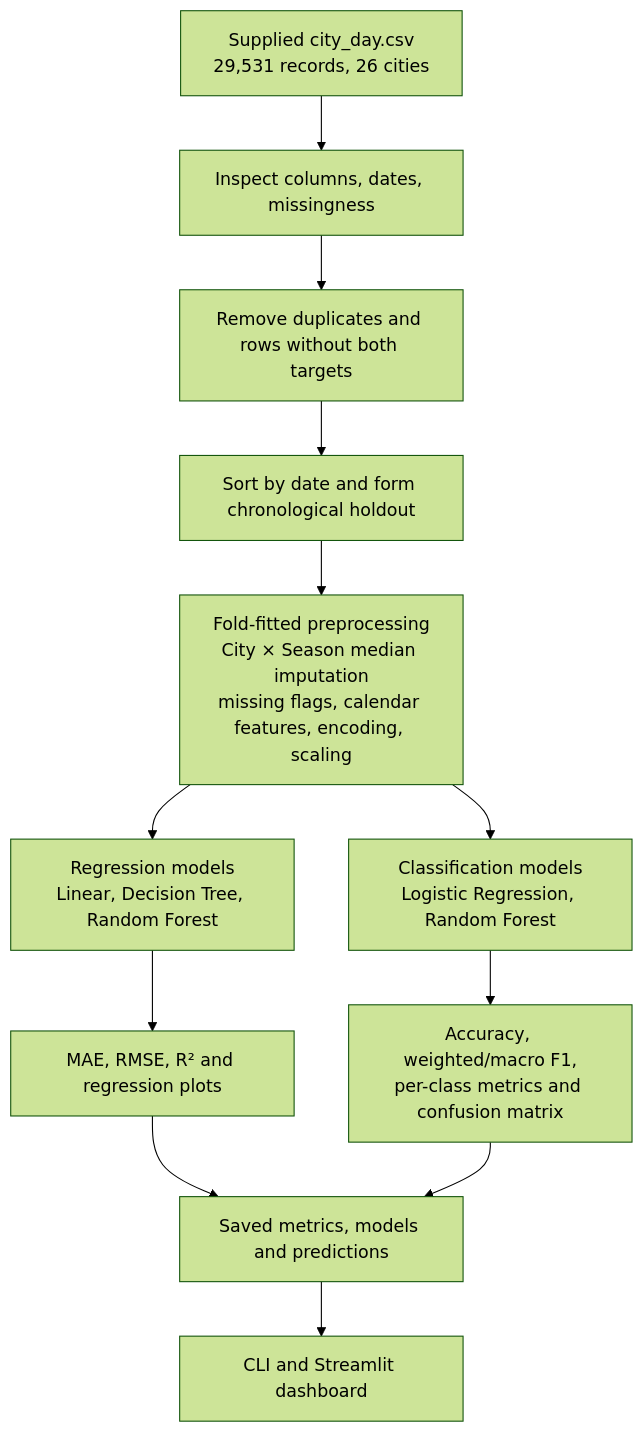
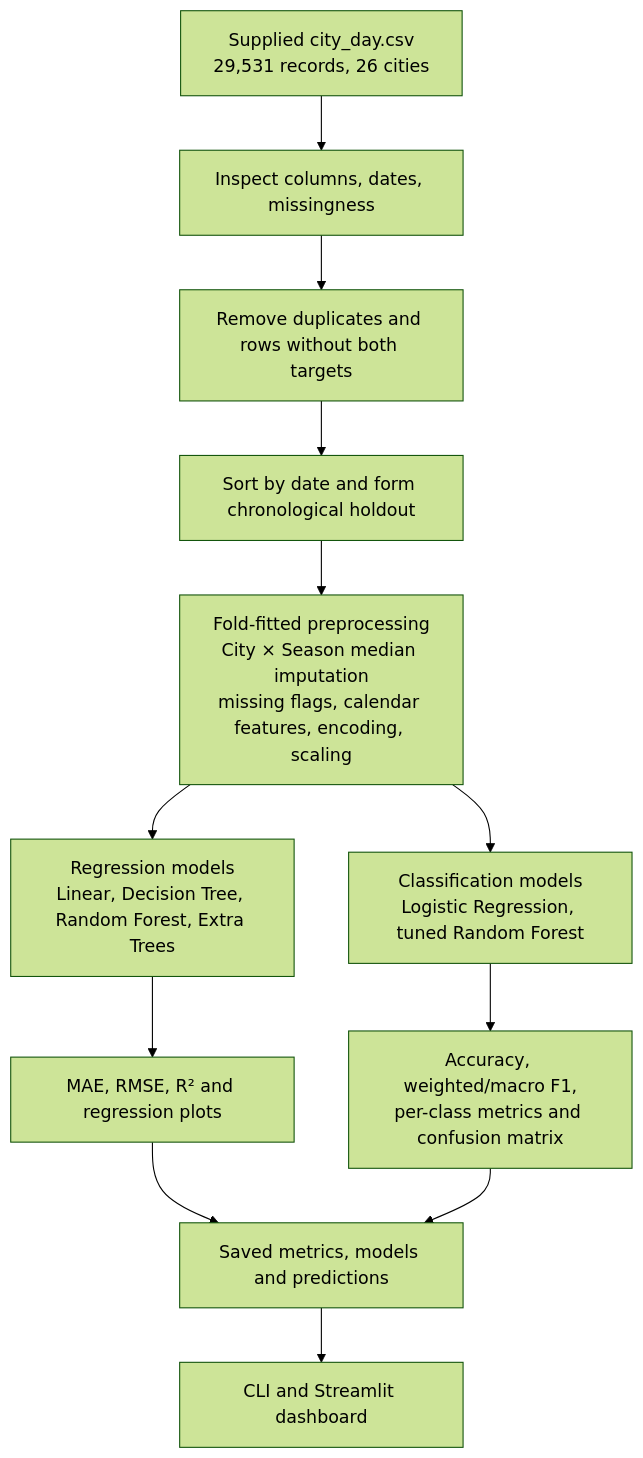
One commit to PremK177/AQI-ML changed the diagram in README.md. Above: the diagram before and after it, drawn with Mermaid (forest theme). The commit also changed other lines of this file and 14 other files, not shown here.

Commit message:
Improve AQI prediction models with tuned ensembles

````diff
--- a/README.md
+++ b/README.md
@@ -30,14 +30,14 @@
 ```mermaid
 flowchart TD
     A[Supplied city_day.csv<br/>29,531 records, 26 cities] --> B[Inspect columns, dates, missingness]
     B --> C[Remove duplicates and rows without both targets]
     C --> D[Sort by date and form chronological holdout]
     D --> E[Fold-fitted preprocessing<br/>City × Season median imputation<br/>missing flags, calendar features, encoding, scaling]
-    E --> F[Regression models<br/>Linear, Decision Tree, Random Forest]
-    E --> G[Classification models<br/>Logistic Regression, Random Forest]
+    E --> F[Regression models<br/>Linear, Decision Tree, Random Forest, Extra Trees]
+    E --> G[Classification models<br/>Logistic Regression, tuned Random Forest]
     F --> H[MAE, RMSE, R² and regression plots]
     G --> I[Accuracy, weighted/macro F1,<br/>per-class metrics and confusion matrix]
     H --> J[Saved metrics, models and predictions]
     I --> J
     J --> K[CLI and Streamlit dashboard]
 ```
````
